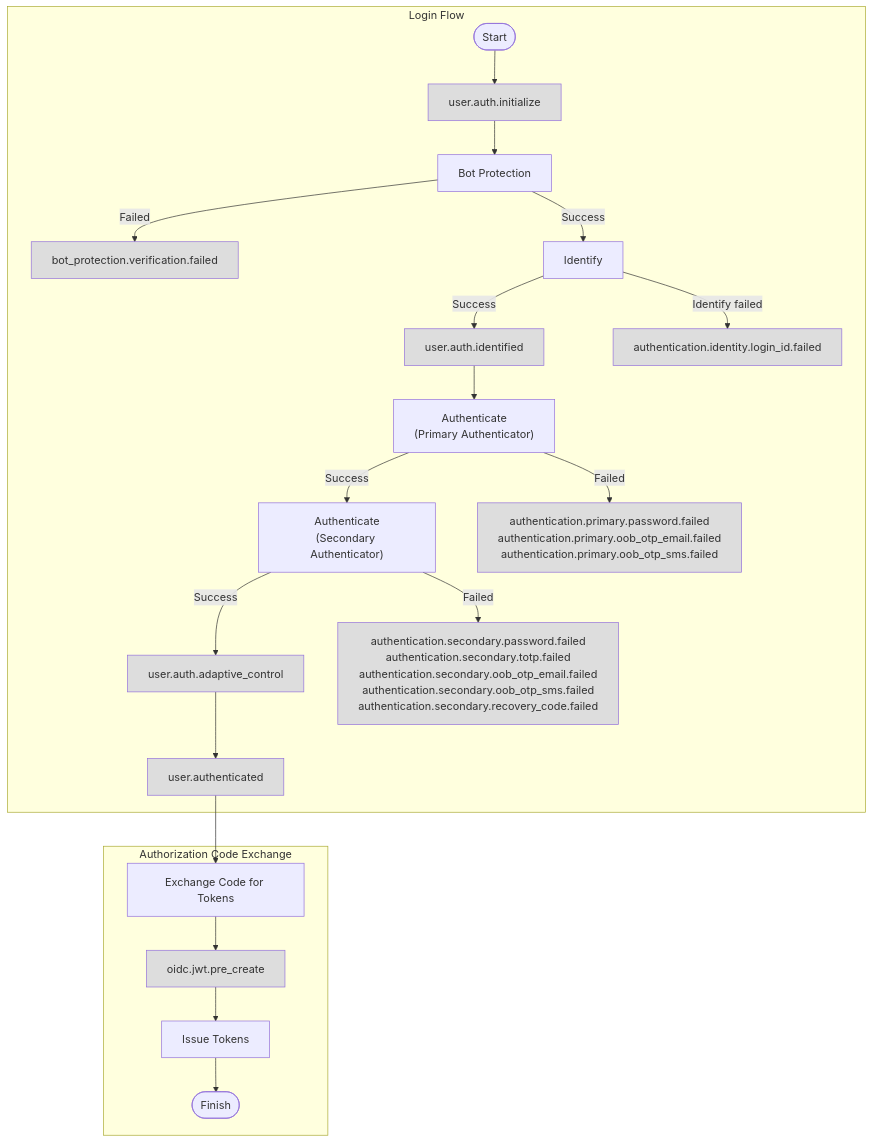
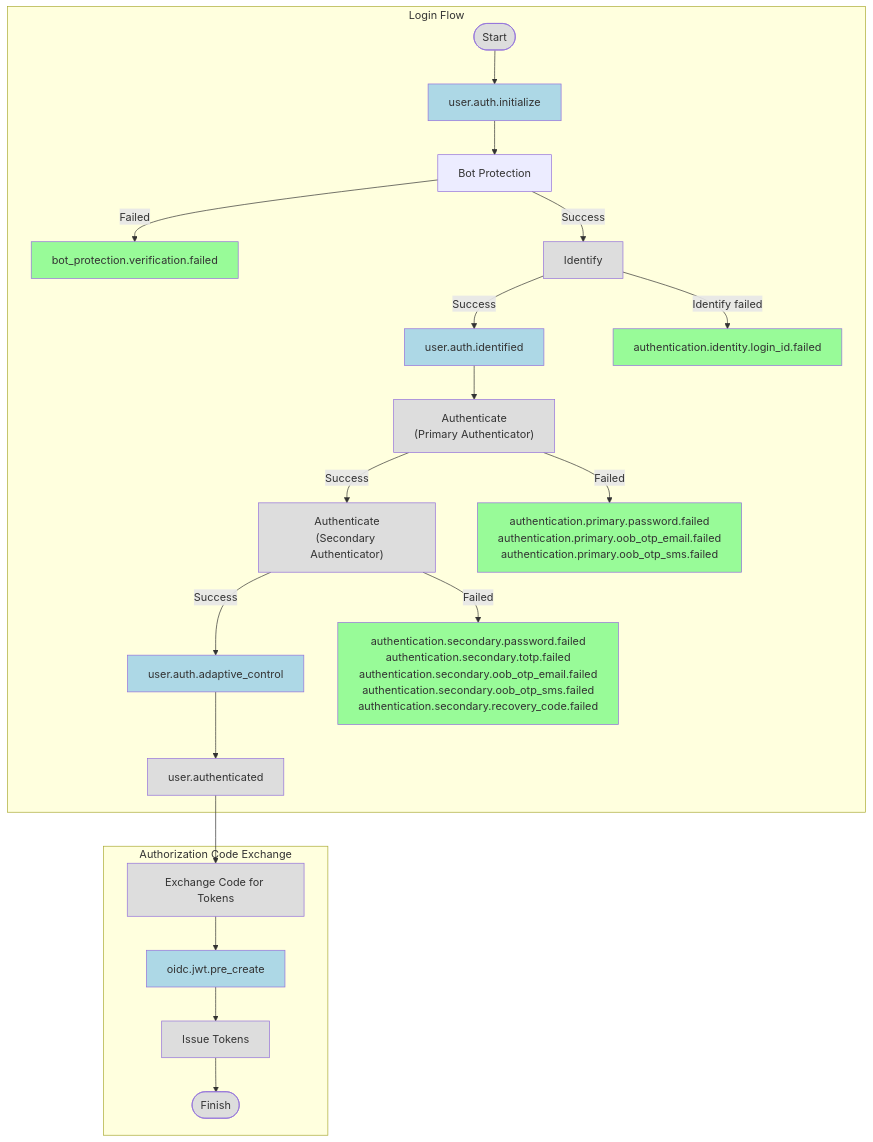
One commit to authgear/authgear-server changed the fifth of 5 diagrams in docs/specs/event.md. Above: the diagram before and after it, drawn with Mermaid. The commit also changed other lines of this file, not shown here.

Commit message:
Add some colors to the diagram

````diff
--- a/docs/specs/event.md
+++ b/docs/specs/event.md
@@ -978,33 +996,38 @@
 ```mermaid
 flowchart TD
     subgraph "Login Flow"
-        Start([Start]) --> UserAuthInitialize[user.auth.initialize]:::event
+        Start([Start])
+        Start --> UserAuthInitialize[user.auth.initialize]
         UserAuthInitialize --> BotProtection[Bot Protection]
-        BotProtection -- "Failed" --> BotProtectionFailed[bot_protection.verification.failed]:::event
+        BotProtection -- "Failed" --> BotProtectionFailed[bot_protection.verification.failed]
         BotProtection -- "Success" --> Identify[Identify]
-        Identify -- "Success" --> UserAuthIdentified[user.auth.identified]:::event
-        Identify -- "Identify failed" --> LoginIdFailed[authentication.identity.login_id.failed]:::event
+        Identify -- "Success" --> UserAuthIdentified[user.auth.identified]
+        Identify -- "Identify failed" --> LoginIdFailed[authentication.identity.login_id.failed]
 
         UserAuthIdentified --> AuthenticatePrimary["Authenticate<br>(Primary Authenticator)"]
 
         AuthenticatePrimary -- "Success" --> AuthenticateSecondary["Authenticate<br>(Secondary Authenticator)"]
         AuthenticatePrimary -- "Failed" --> PrimaryAuthFailed["authentication.primary.password.failed<br>authentication.primary.oob_otp_email.failed<br>authentication.primary.oob_otp_sms.failed"]:::event
 
-        AuthenticateSecondary -- "Success" --> UserAuthAdaptiveControl[user.auth.adaptive_control]:::event
+        AuthenticateSecondary -- "Success" --> UserAuthAdaptiveControl[user.auth.adaptive_control]
         AuthenticateSecondary -- "Failed" --> SecondaryAuthFailed["authentication.secondary.password.failed<br>authentication.secondary.totp.failed<br>authentication.secondary.oob_otp_email.failed<br>authentication.secondary.oob_otp_sms.failed<br>authentication.secondary.recovery_code.failed"]:::event
 
-        UserAuthAdaptiveControl --> UserAuthenticated[user.authenticated]:::event
+        UserAuthAdaptiveControl --> UserAuthenticated[user.authenticated]
     end
 
     subgraph "Authorization Code Exchange"
         ExchangeCode[Exchange Code for Tokens]
-        ExchangeCode --> OIDCJWTPreCreate[oidc.jwt.pre_create]:::event
+        ExchangeCode --> OIDCJWTPreCreate[oidc.jwt.pre_create]
         OIDCJWTPreCreate --> IssueTokens[Issue Tokens]
         IssueTokens --> FinishAuthCode([Finish])
     end
 
     UserAuthenticated --> ExchangeCode
 
-    classDef event fill:#dddddd
-    class UserAuthInitialize,BotProtectionFailed,UserAuthIdentified,LoginIdFailed,UserAuthAdaptiveControl,UserAuthenticated,PrimaryAuthFailed,SecondaryAuthFailed,OIDCJWTPreCreate event
+    classDef event fill:#98FB98
+    classDef blockingEvent fill:#ADD8E6
+    classDef processNode fill:#dddddd
+    class BotProtectionFailed,LoginIdFailed,PrimaryAuthFailed,SecondaryAuthFailed,UserAuthenticated event
+    class UserAuthInitialize,UserAuthIdentified,UserAuthAdaptiveControl,OIDCJWTPreCreate blockingEvent
+    class Start,Identify,AuthenticatePrimary,AuthenticateSecondary,UserAuthenticated,ExchangeCode,IssueTokens,FinishAuthCode processNode
 ```
````
